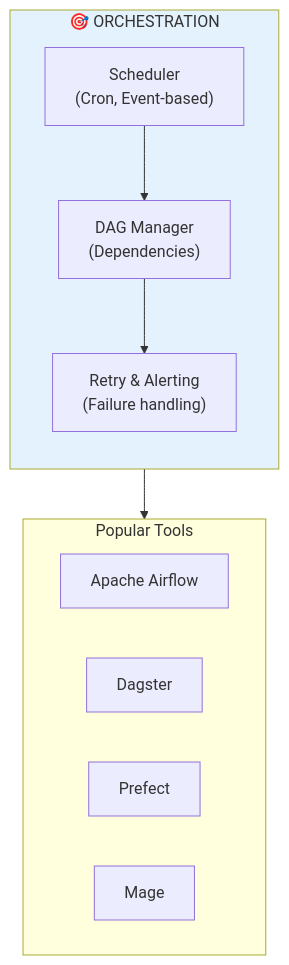
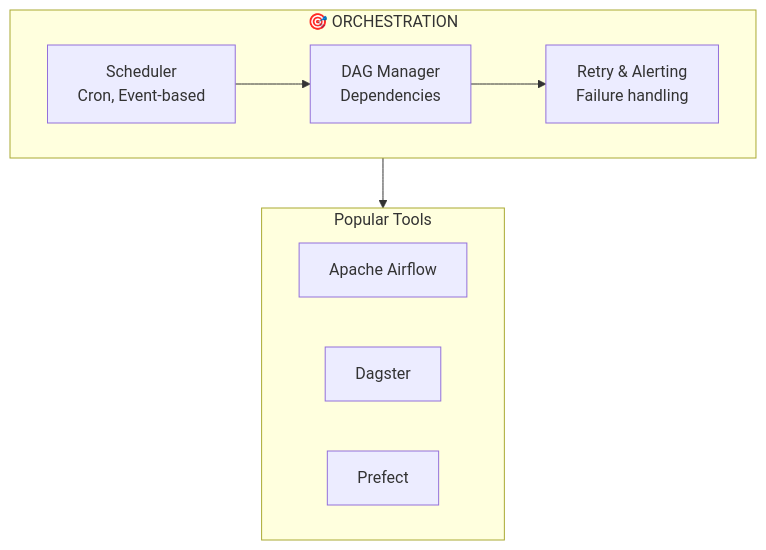
The sixth of 8 diagrams in homework3/DATA_LIFECYCLE.md (Anodis108/Data-Engineer), drawn with Mermaid before and after one commit. The commit also changed other lines of this file, not shown here.

````diff
--- a/homework3/DATA_LIFECYCLE.md
+++ b/homework3/DATA_LIFECYCLE.md
@@ -3141,23 +883,18 @@
 ```mermaid
 flowchart TB
     subgraph ORCH["🎯 ORCHESTRATION"]
-        direction TB
-        
-        SCHED["Scheduler<br/>(Cron, Event-based)"]
-        DAG["DAG Manager<br/>(Dependencies)"]
-        RETRY["Retry & Alerting<br/>(Failure handling)"]
+        SCHED[Scheduler<br/>Cron, Event-based]
+        DAG[DAG Manager<br/>Dependencies]
+        RETRY[Retry & Alerting<br/>Failure handling]
         
         SCHED --> DAG --> RETRY
     end
     
     subgraph TOOLS["Popular Tools"]
-        AIR["Apache Airflow"]
-        DAG_TOOL["Dagster"]
-        PREFECT["Prefect"]
-        MAGE["Mage"]
+        AIR[Apache Airflow]
+        DAG_TOOL[Dagster]
+        PREFECT[Prefect]
     end
     
     ORCH --> TOOLS
-    
-    style ORCH fill:#e3f2fd
 ```
````
